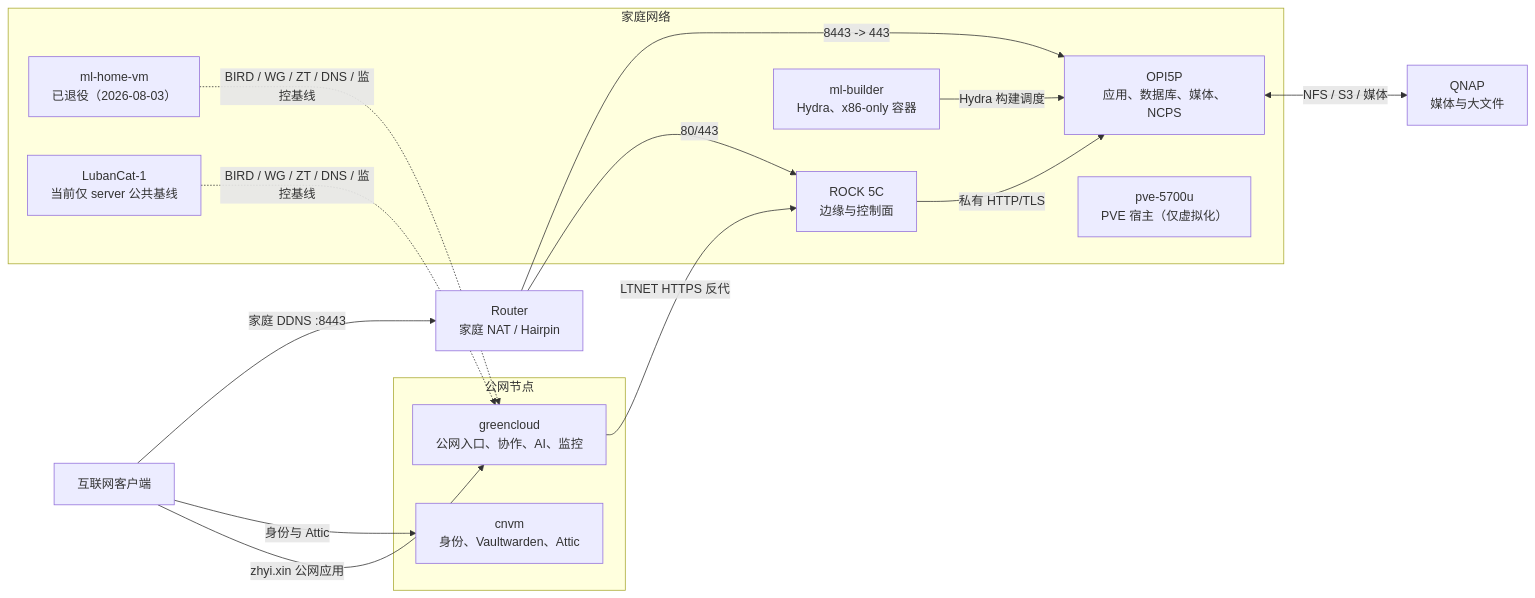
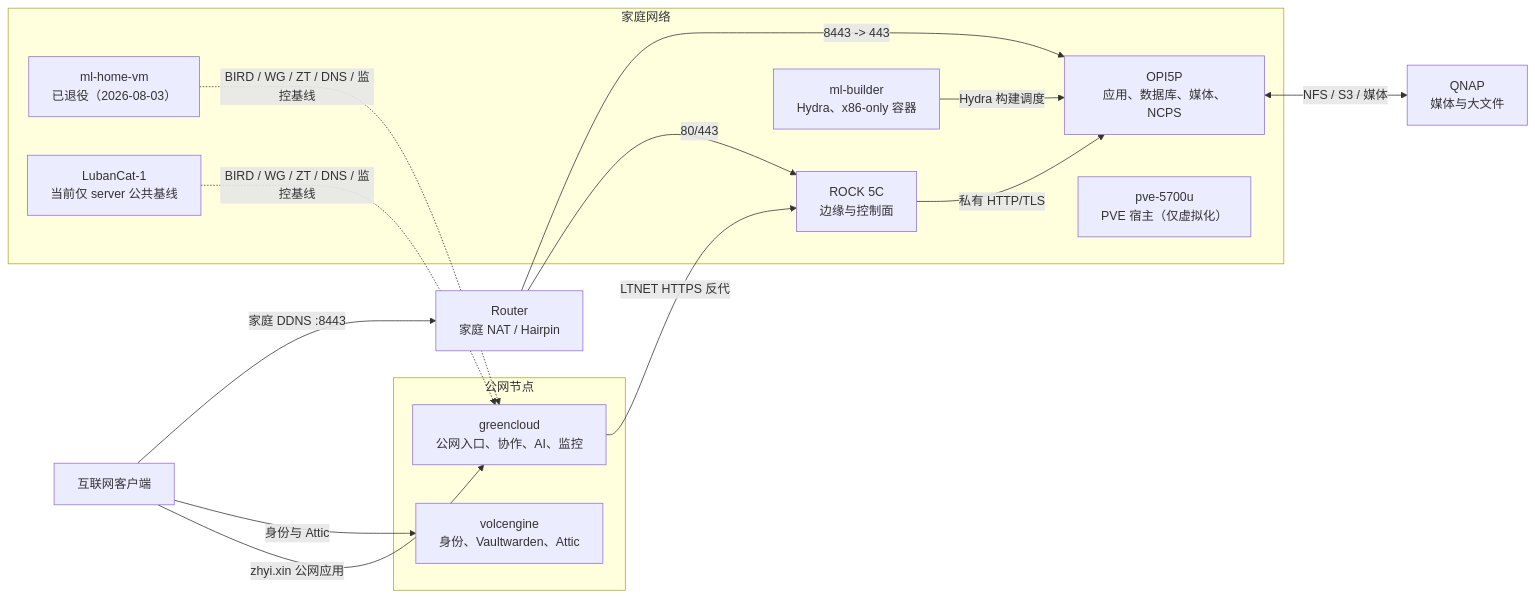
One commit to zhyiheihei/nixos-config changed the first of 2 diagrams in docs/infrastructure/service-chain-lubancat-audit.md. Above: the diagram before and after it, drawn with Mermaid. The commit also changed other lines of this file and 32 other files, not shown here.

First line of the commit message:
refactor: rename host cnvm to volcengine

````diff
--- a/docs/infrastructure/service-chain-lubancat-audit.md
+++ b/docs/infrastructure/service-chain-lubancat-audit.md
@@ -33,32 +33,32 @@
 ```mermaid
 flowchart LR
   Internet["互联网客户端"]
   Router["Router\n家庭 NAT / Hairpin"]
   QNAP["QNAP\n媒体与大文件"]
 
   subgraph Cloud["公网节点"]
     Colo["greencloud\n公网入口、协作、AI、监控"]
-    CNVM["cnvm\n身份、Vaultwarden、Attic"]
+    VOLCENGINE["volcengine\n身份、Vaultwarden、Attic"]
   end
 
   subgraph Home["家庭网络"]
     Rock["ROCK 5C\n边缘与控制面"]
     OPI["OPI5P\n应用、数据库、媒体、NCPS"]
     Builder["ml-builder\nHydra、x86-only 容器"]
     PVE["pve-5700u\nPVE 宿主（仅虚拟化）"]
     OldVM["ml-home-vm\n已退役（2026-08-03）"]
     Luban["LubanCat-1\n当前仅 server 公共基线"]
   end
 
   Internet -->|"zhyi.xin 公网应用"| Colo
-  Internet -->|"身份与 Attic"| CNVM
+  Internet -->|"身份与 Attic"| VOLCENGINE
   Internet -->|"家庭 DDNS :8443"| Router
   Colo -->|"LTNET HTTPS 反代"| Rock
   Router -->|"80/443"| Rock
   Router -->|"8443 -> 443"| OPI
   Rock -->|"私有 HTTP/TLS"| OPI
   OPI <-->|"NFS / S3 / 媒体"| QNAP
   Builder -->|"Hydra 构建调度"| OPI
   Luban -.->|"BIRD / WG / ZT / DNS / 监控基线"| Colo
   OldVM -.->|"BIRD / WG / ZT / DNS / 监控基线"| Colo
 ```
````
